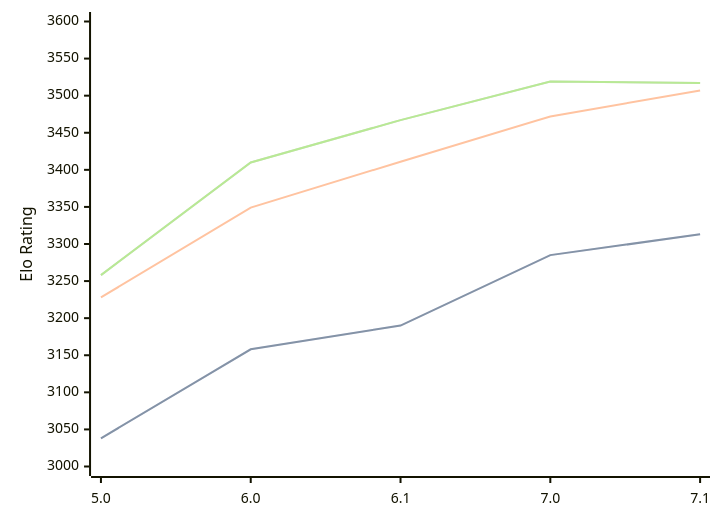
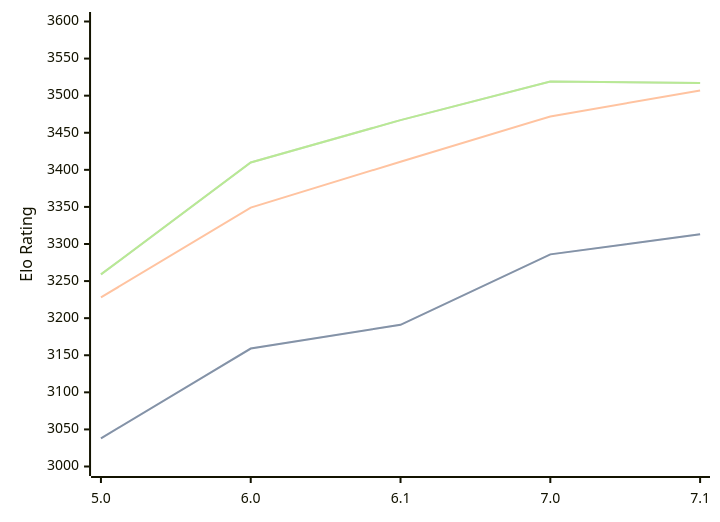
The first of 3 diagrams in engines/PZChessBot.md (computer-chess-index/cci), drawn with Mermaid before and after one commit. The commit also changed other lines of this file, not shown here.

Commit message:
Update CCI Ratings (ELO VLTC) - 2026-07-13

````diff
--- a/engines/PZChessBot.md
+++ b/engines/PZChessBot.md
@@ -44,11 +44,11 @@
 ```mermaid
 %%{init: {"theme":"base","themeVariables":{"seriesColors:['#a3a3a3','#222221','#faa371']}}}%%
 xychart-beta
   x-axis ["5.0", "6.0", "6.1", "7.0", "7.1"]
   y-axis "Elo Rating" 3000 --> 3600
-  line "STC (8.0+0.08s)" [3038, 3158, 3190, 3285, 3313]
-  line "STC (8.0+0.08s)" [3038, 3158, 3190, 3285, 3313]
+  line "STC (8.0+0.08s)" [3038, 3159, 3191, 3286, 3313]
+  line "STC (8.0+0.08s)" [3038, 3159, 3191, 3286, 3313]
   line "LTC (60.0+0.60s)" [3228, 3349, 3411, 3472, 3507]
-  line "VLTC (2m24s+1.12s)" [3258, 3410, 3467, 3519, 3517]
-  line "VLTC (2m24s+1.12s)" [3258, 3410, 3467, 3519, 3517]
+  line "VLTC (2m24s+1.12s)" [3259, 3410, 3467, 3519, 3517]
+  line "VLTC (2m24s+1.12s)" [3259, 3410, 3467, 3519, 3517]
 ```
````
